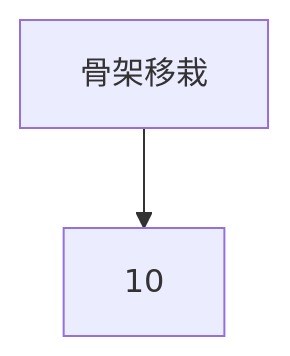
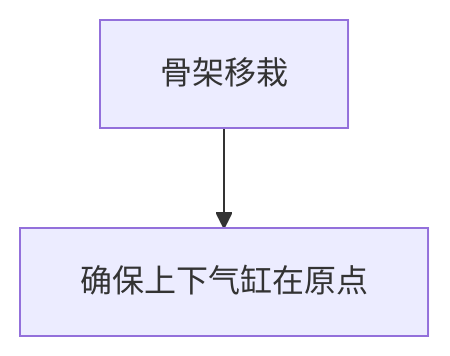
The diagram in all/VR-OP90骨架移栽.md (zmq000/iodraw-files), drawn with Mermaid before and after one commit.

Commit message:
2026-06-18 10:38:53 update

````diff
--- a/all/VR-OP90骨架移栽.md
+++ b/all/VR-OP90骨架移栽.md
@@ -1,6 +1,6 @@
 ```mermaid
 graph TD
    0[骨架移栽]-->10
-   10 
+   10[确保上下气缸在原点] 
   
 ```
````
